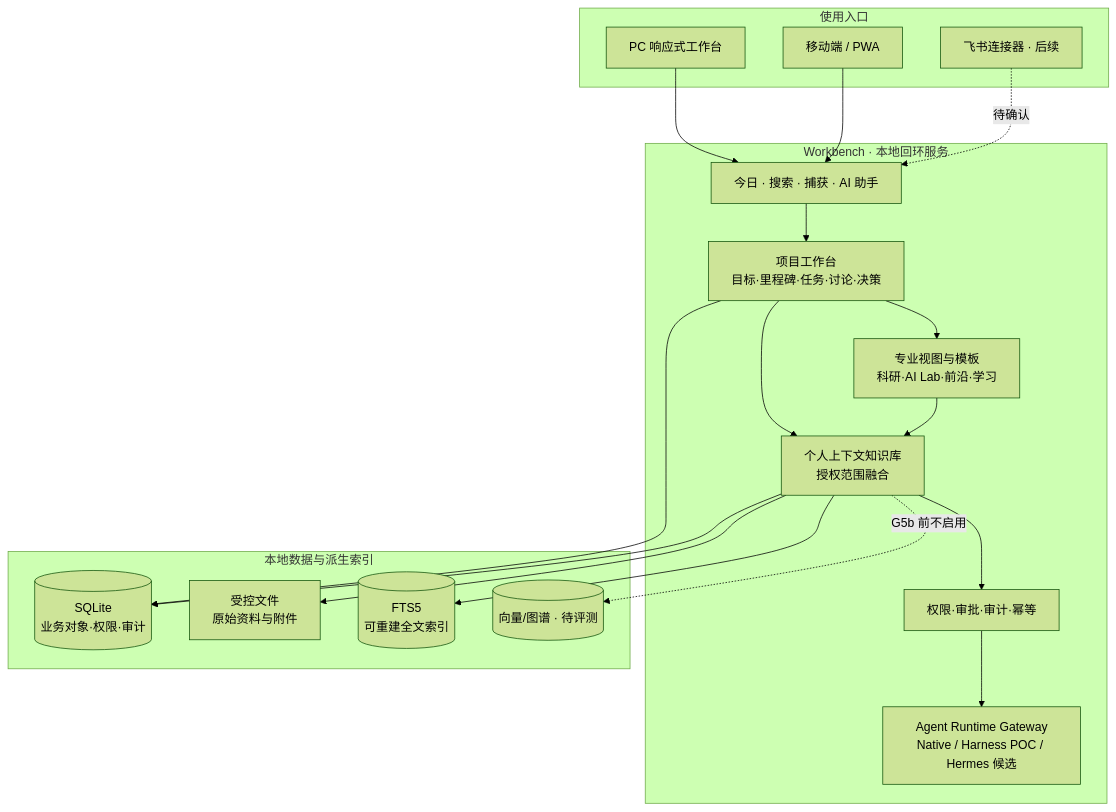
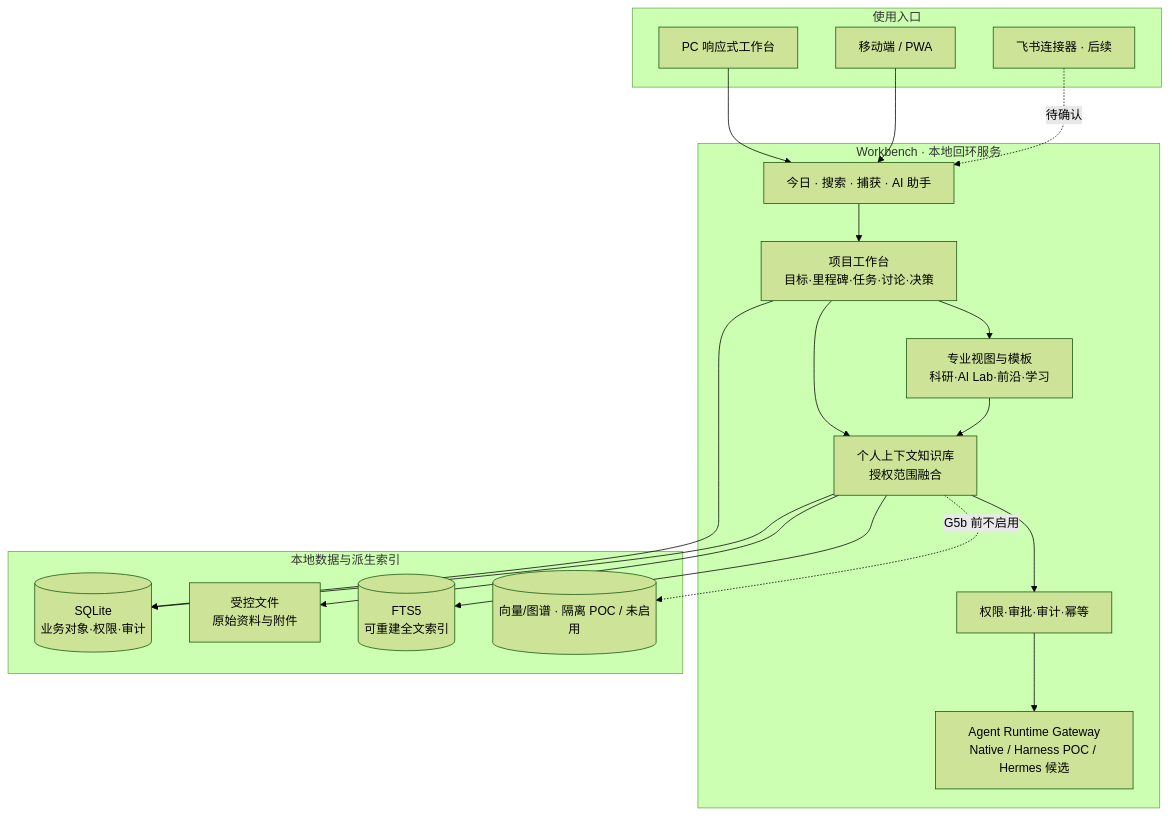
The diagram in README.md (jiezho/DDUP), drawn with Mermaid (forest theme) before and after one commit. The commit also changed other lines of this file and 20 other files, not shown here.

````diff
--- a/README.md
+++ b/README.md
@@ -18,39 +18,39 @@
 ```mermaid
 flowchart TB
   subgraph Clients[使用入口]
     PC[PC 响应式工作台]
     Mobile[移动端 / PWA]
     Feishu[飞书连接器 · 后续]
   end
 
   subgraph Workbench[Workbench · 本地回环服务]
     Entry[今日 · 搜索 · 捕获 · AI 助手]
     Project[项目工作台\n目标·里程碑·任务·讨论·决策]
     Professional[专业视图与模板\n科研·AI Lab·前沿·学习]
     Context[个人上下文知识库\n授权范围融合]
     Governance[权限·审批·审计·幂等]
     Runtime[Agent Runtime Gateway\nNative / Harness POC / Hermes 候选]
   end
 
   subgraph Data[本地数据与派生索引]
     SQLite[(SQLite\n业务对象·权限·审计)]
     Files[受控文件\n原始资料与附件]
     FTS[(FTS5\n可重建全文索引)]
-    Vector[(向量/图谱 · 待评测)]
+    Vector[(向量/图谱 · 隔离 POC / 未启用)]
   end
 
   PC --> Entry
   Mobile --> Entry
   Feishu -. 待确认 .-> Entry
   Entry --> Project
   Project --> Professional
   Project --> Context
   Professional --> Context
   Context --> Governance
   Governance --> Runtime
   Project --> SQLite
   Context --> SQLite
   Context --> Files
   Context --> FTS
   Context -. G5b 前不启用 .-> Vector
 ```
````
